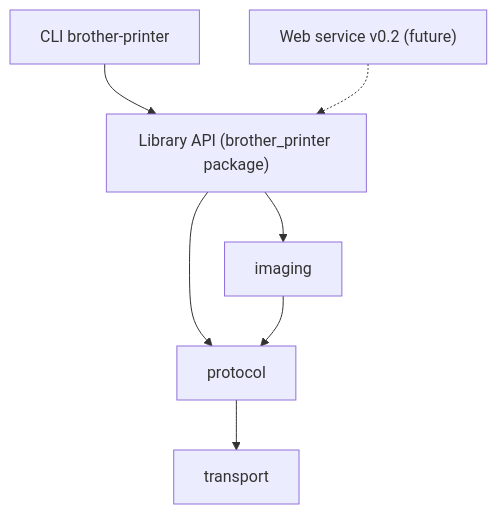
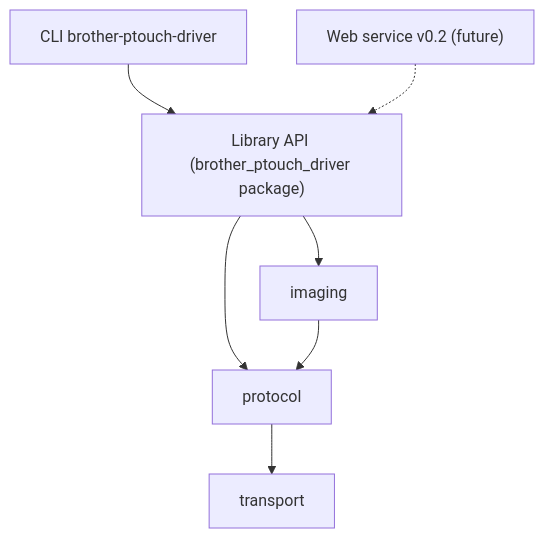
One commit to exoma-ch/brother-printer changed the diagram in docs/adr/0002-architecture.md. Above: the diagram before and after it, drawn with Mermaid. The commit also changed other lines of this file and 145 other files, not shown here.

First line of the commit message:
refactor(workspace)!: rename packages to brother-ptouch-driver and label

````diff
--- a/docs/adr/0002-architecture.md
+++ b/docs/adr/0002-architecture.md
@@ -24,9 +24,9 @@
 ```mermaid
 flowchart TB
-    CLI["CLI brother-printer"] --> Lib["Library API (brother_printer package)"]
+    CLI["CLI brother-ptouch-driver"] --> Lib["Library API (brother_ptouch_driver package)"]
     WebV2["Web service v0.2 (future)"] -.-> Lib
     Lib --> Imaging["imaging"]
     Lib --> Protocol["protocol"]
     Protocol --> Transport["transport"]
     Imaging --> Protocol
 ```
````
